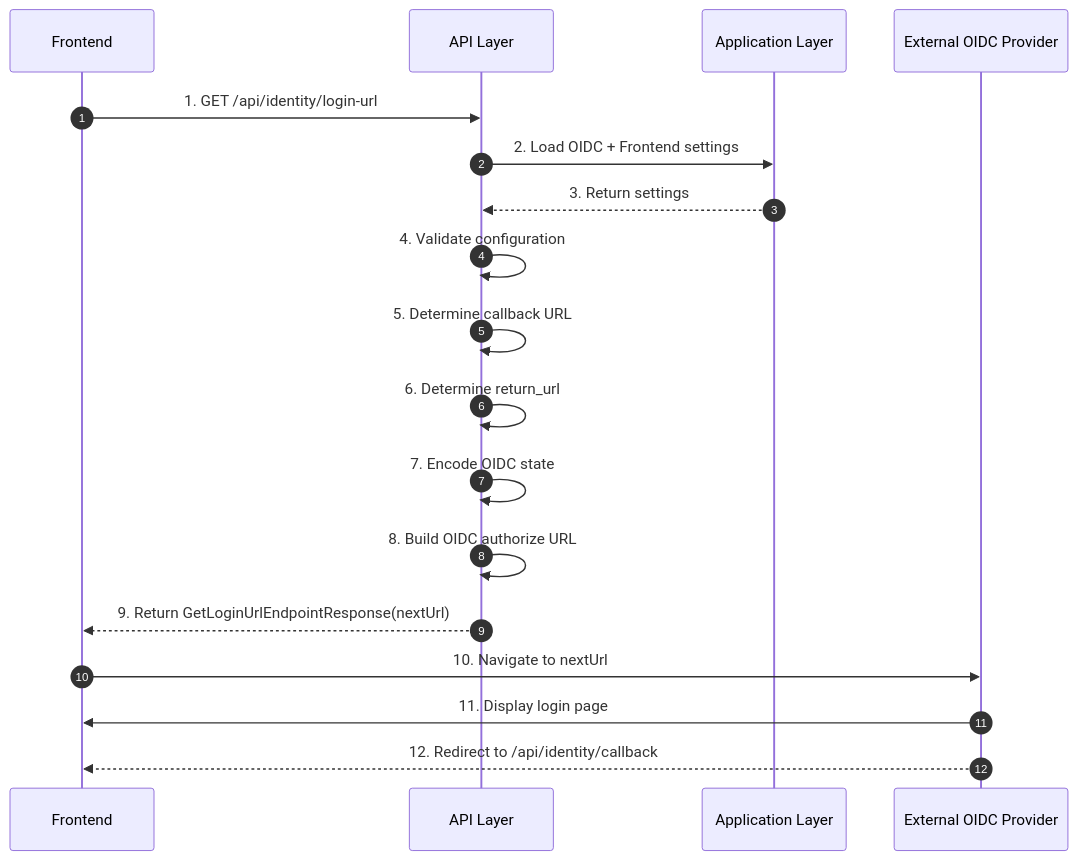
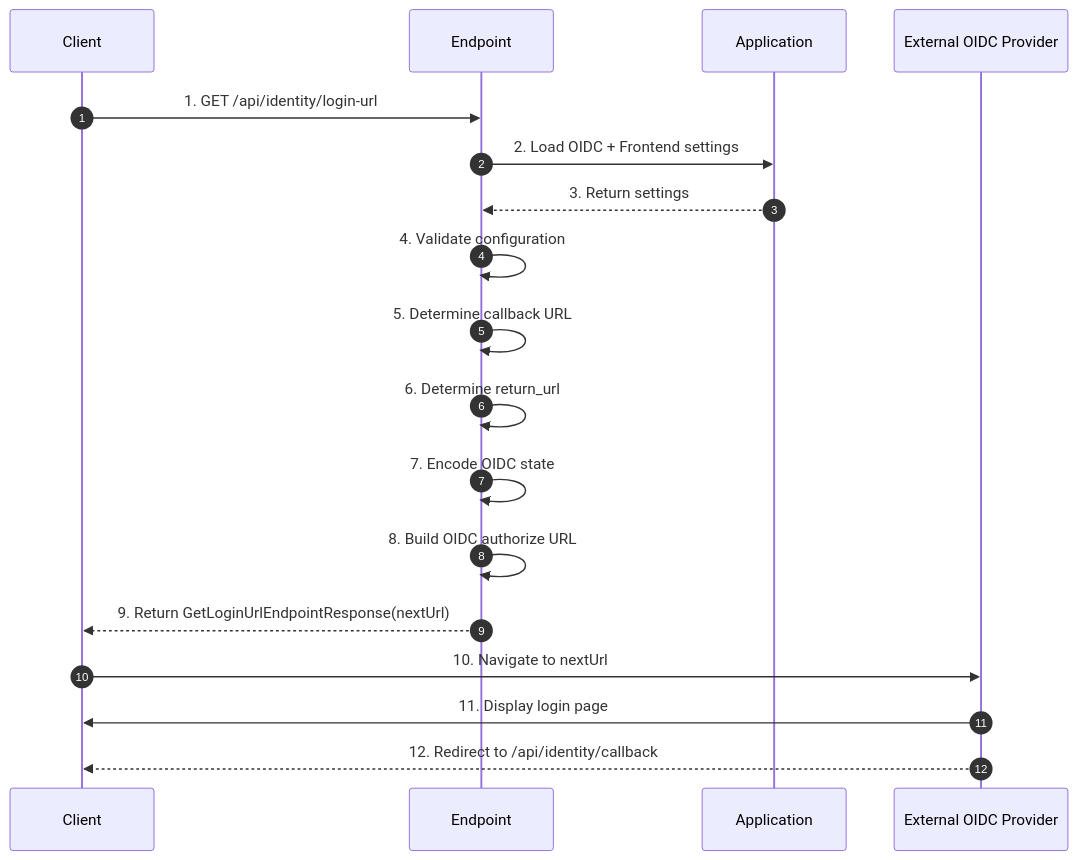
One commit to FrankJHughes/camp-fit-fur-dogs changed the diagram in docs/Frank/Identity/guides/developer/get-login-url/README.md. Above: the diagram before and after it, drawn with Mermaid. The commit also changed 20 other files, not shown here.

Commit message:
document: use sequence instead of swimlane diagrams and add the top level developer guide for frank identity

````diff
--- a/docs/Frank/Identity/guides/developer/get-login-url/README.md
+++ b/docs/Frank/Identity/guides/developer/get-login-url/README.md
@@ -15,23 +15,23 @@
 ```mermaid
 sequenceDiagram
     autonumber
 
-    participant CLIENT as Frontend
-    participant API as API Layer
-    participant APP as Application Layer
+    participant CLIENT as Client
+    participant API as Endpoint
+    participant APP as Application
     participant IDP as External OIDC Provider
 
     CLIENT->>API: 1. GET /api/identity/login-url
     API->>APP: 2. Load OIDC + Frontend settings
     APP-->>API: 3. Return settings
     API->>API: 4. Validate configuration
     API->>API: 5. Determine callback URL
     API->>API: 6. Determine return_url
     API->>API: 7. Encode OIDC state
     API->>API: 8. Build OIDC authorize URL
     API-->>CLIENT: 9. Return GetLoginUrlEndpointResponse(nextUrl)
 
     CLIENT->>IDP: 10. Navigate to nextUrl
     IDP->>CLIENT: 11. Display login page
     IDP-->>CLIENT: 12. Redirect to /api/identity/callback
 ```
````
